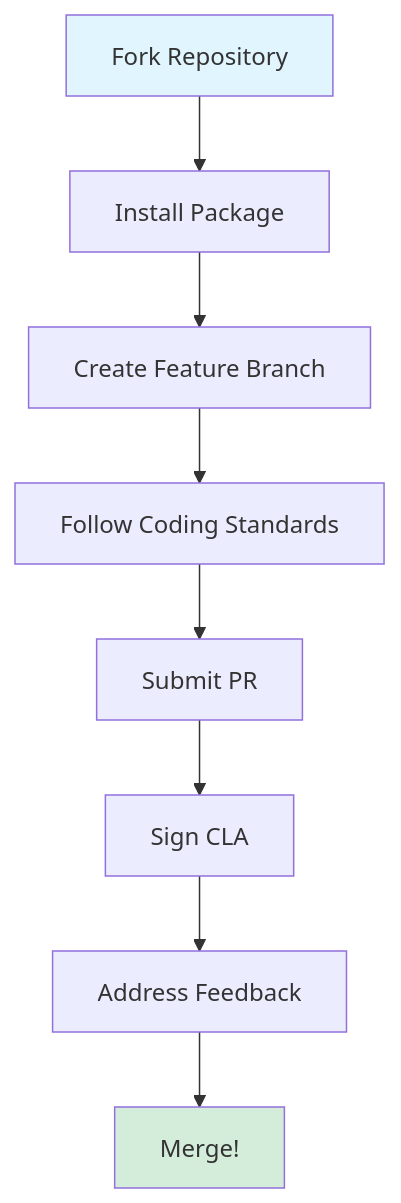
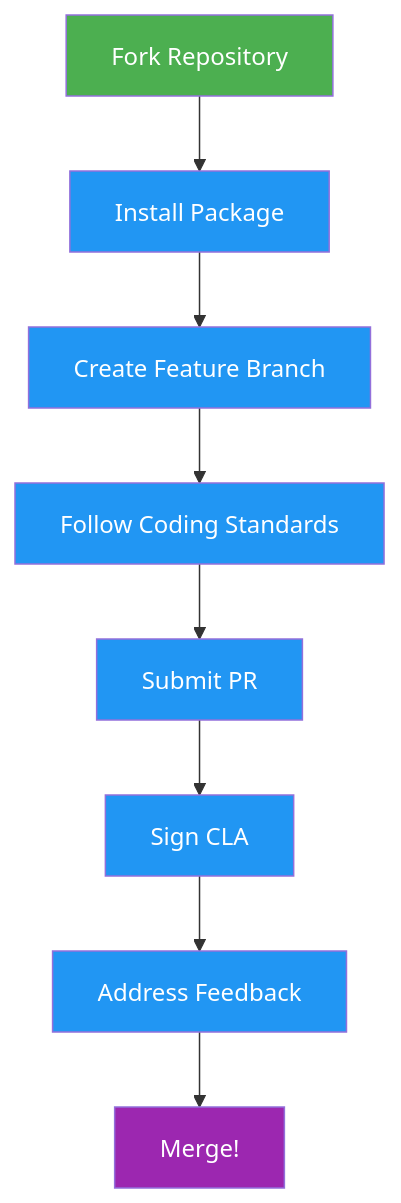
Before and after one commit to ultralytics/handbook: the second of 2 diagrams in docs/en/faq/index.md, drawn with Mermaid. The commit also changed other lines of this file and 16 other files, not shown here.

Commit message:
Standardize Mermaid diagram colors (#302)

````diff
--- a/docs/en/faq/index.md
+++ b/docs/en/faq/index.md
@@ -232,13 +233,14 @@
     ```mermaid
     graph TD
-        A[Fork Repository] --> B[Install Package]
-        B --> C[Create Feature Branch]
-        C --> D[Follow Coding Standards]
-        D --> E[Submit PR]
-        E --> F[Sign CLA]
-        F --> G[Address Feedback]
-        G --> H[Merge!]
+        A[Fork Repository]:::start --> B[Install Package]:::proc
+        B --> C[Create Feature Branch]:::proc
+        C --> D[Follow Coding Standards]:::proc
+        D --> E[Submit PR]:::proc
+        E --> F[Sign CLA]:::proc
+        F --> G[Address Feedback]:::proc
+        G --> H[Merge!]:::out
 
-        style A fill:#e1f5ff
-        style H fill:#d4edda
+        classDef start fill:#4CAF50,color:#fff
+        classDef proc fill:#2196F3,color:#fff
+        classDef out fill:#9C27B0,color:#fff
     ```
````
